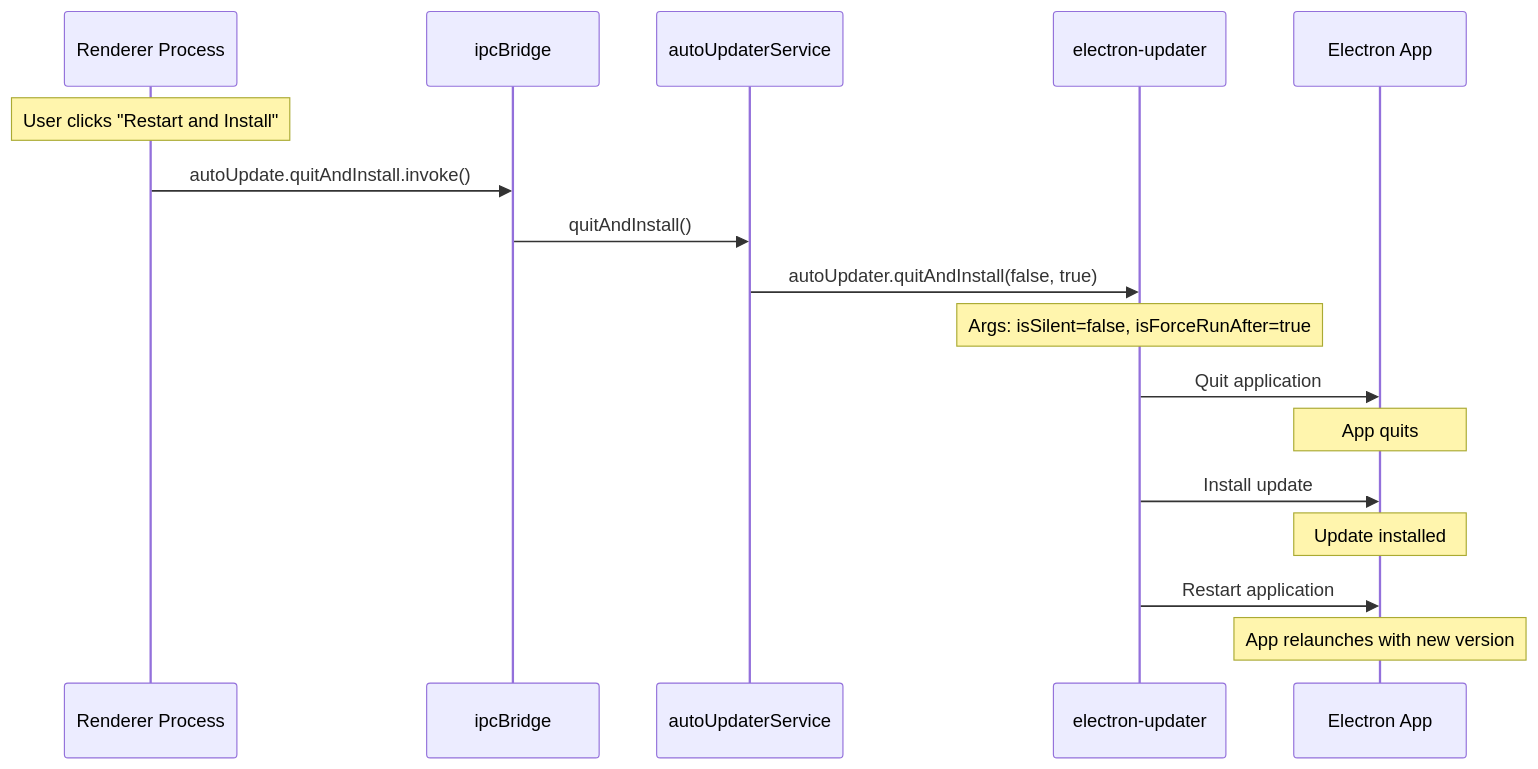
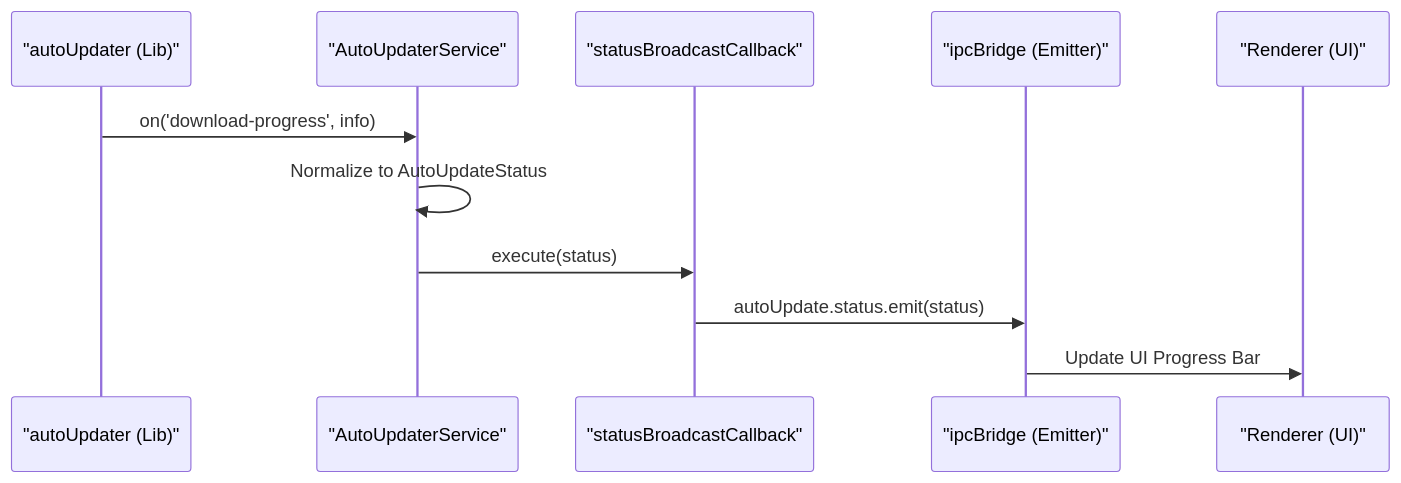
One commit to blackcater/zentree changed the second of 2 diagrams in docs/iOfficeAI_AionUi/update-system.md. Above: the diagram before and after it, drawn with Mermaid. The commit also changed other lines of this file and 232 other files, not shown here.

````diff
--- a/docs/iOfficeAI_AionUi/update-system.md
+++ b/docs/iOfficeAI_AionUi/update-system.md
@@ -405,20 +136,14 @@
 ```mermaid
 sequenceDiagram
-    participant RENDERER as Renderer Process
-    participant IPC as ipcBridge
-    participant SERVICE as autoUpdaterService
-    participant UPDATER as electron-updater
-    participant APP as Electron App
+    participant U as "autoUpdater (Lib)"
+    participant S as "AutoUpdaterService"
+    participant B as "statusBroadcastCallback"
+    participant I as "ipcBridge (Emitter)"
+    participant R as "Renderer (UI)"
 
-    Note over RENDERER: User clicks "Restart and Install"
-    RENDERER->>IPC: autoUpdate.quitAndInstall.invoke()
-    IPC->>SERVICE: quitAndInstall()
-    SERVICE->>UPDATER: autoUpdater.quitAndInstall(false, true)
-    Note over UPDATER: Args: isSilent=false, isForceRunAfter=true
-    UPDATER->>APP: Quit application
-    Note over APP: App quits
-    UPDATER->>APP: Install update
-    Note over APP: Update installed
-    UPDATER->>APP: Restart application
-    Note over APP: App relaunches with new version
+    U->>S: on('download-progress', info)
+    S->>S: Normalize to AutoUpdateStatus
+    S->>B: execute(status)
+    B->>I: autoUpdate.status.emit(status)
+    I->>R: Update UI Progress Bar
 ```
````
